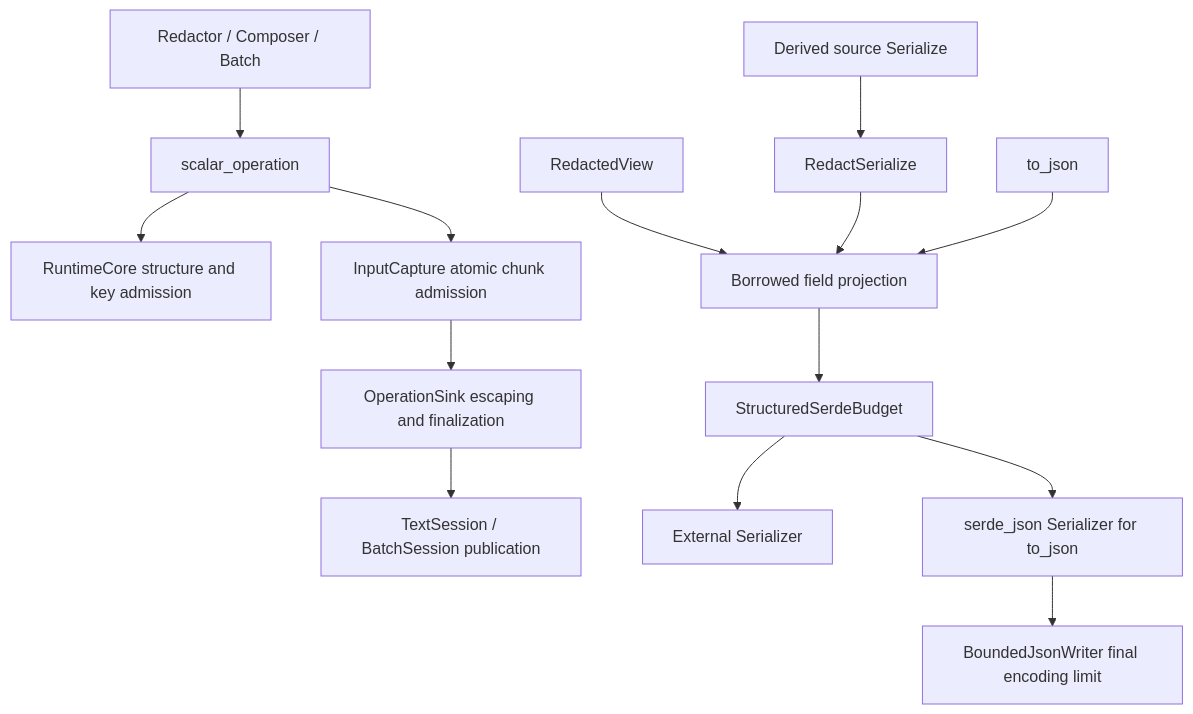
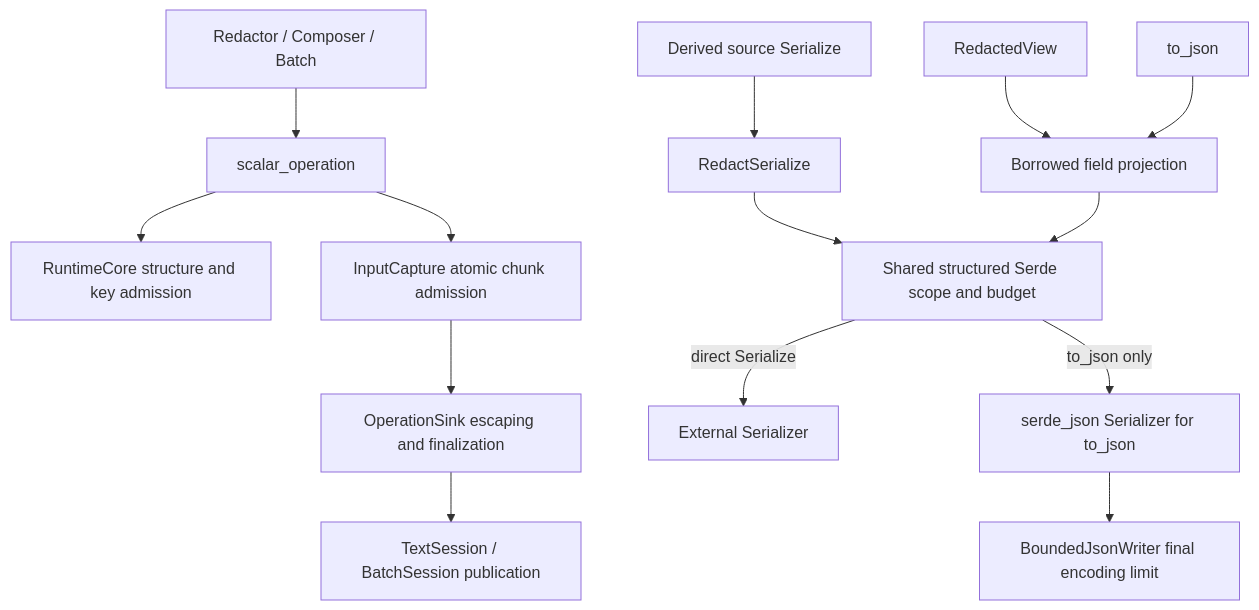
One commit to qubit-ltd/rs-redact changed the diagram in doc/design.md. Above: the diagram before and after it, drawn with Mermaid. The commit also changed 1 other file, not shown here.

Commit message:
docs(serde): correct serialization path diagram

````diff
--- a/doc/design.md
+++ b/doc/design.md
@@ -78,16 +78,16 @@
 ```mermaid
 flowchart TD
     A[Redactor / Composer / Batch] --> S[scalar_operation]
     S --> R[RuntimeCore structure and key admission]
     S --> C[InputCapture atomic chunk admission]
     C --> O[OperationSink escaping and finalization]
     O --> T[TextSession / BatchSession publication]
     V[RedactedView] --> P[Borrowed field projection]
     D[Derived source Serialize] --> H[RedactSerialize]
-    H --> P
-    P --> B[StructuredSerdeBudget]
-    B --> X[External Serializer]
+    H --> B[Shared structured Serde scope and budget]
+    P --> B
+    B -- direct Serialize --> X[External Serializer]
     J[to_json] --> P
-    B --> Y[serde_json Serializer for to_json]
+    B -- to_json only --> Y[serde_json Serializer for to_json]
     Y --> W[BoundedJsonWriter final encoding limit]
 ```
````
